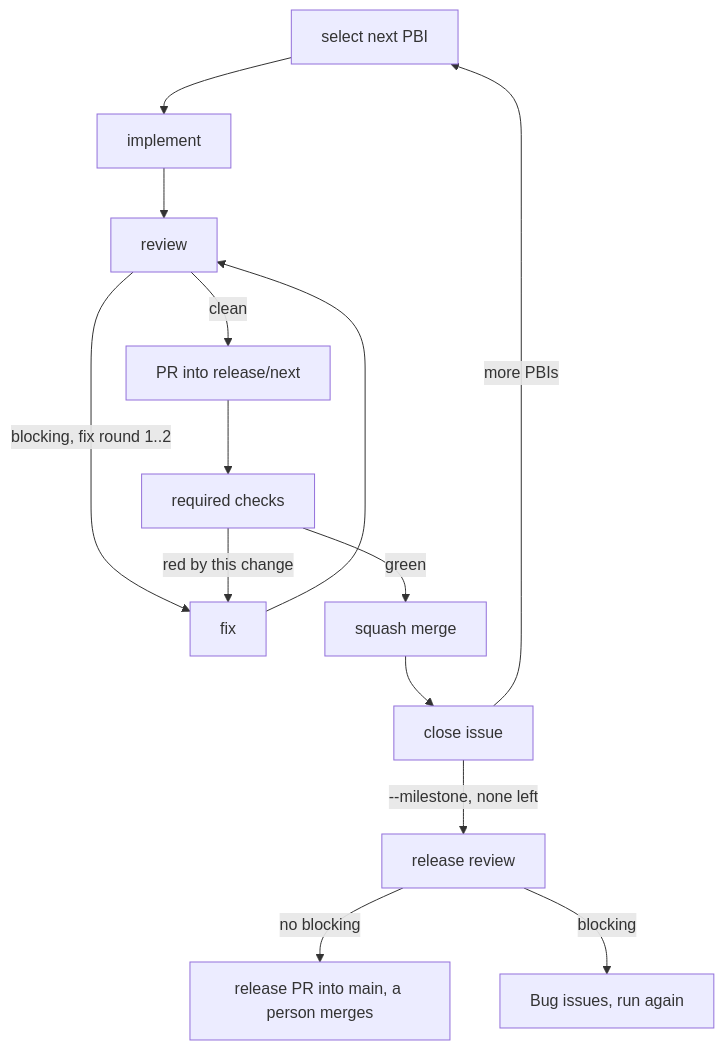
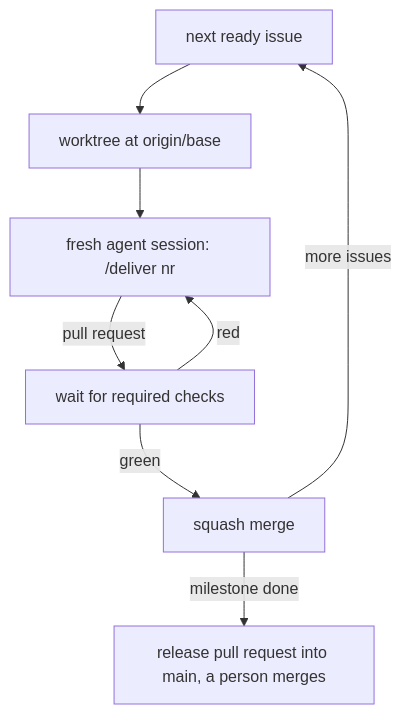
One commit to GravionLabs/skills changed the diagram in site/guides/deliver.md. Above: the diagram before and after it, drawn with Mermaid. The commit also changed other lines of this file and 17 other files, not shown here.

````diff
--- a/site/guides/deliver.md
+++ b/site/guides/deliver.md
@@ -15,16 +26,10 @@
 ```mermaid
 flowchart TD
-  S[select next PBI] --> I[implement]
-  I --> R[review]
-  R -->|blocking, fix round 1..2| F[fix]
-  F --> R
-  R -->|clean| PR[PR into release/next]
-  PR --> C[required checks]
-  C -->|red by this change| F
+  S[next ready issue] --> W[worktree at origin/base]
+  W --> A[fresh agent session: /deliver nr]
+  A -->|pull request| C[wait for required checks]
   C -->|green| M[squash merge]
-  M --> X[close issue]
-  X -->|more PBIs| S
-  X -->|--milestone, none left| RR[release review]
-  RR -->|no blocking| RP[release PR into main, a person merges]
-  RR -->|blocking| B[Bug issues, run again]
+  C -->|red| A
+  M -->|more issues| S
+  M -->|milestone done| R[release pull request into main, a person merges]
 ```
````
